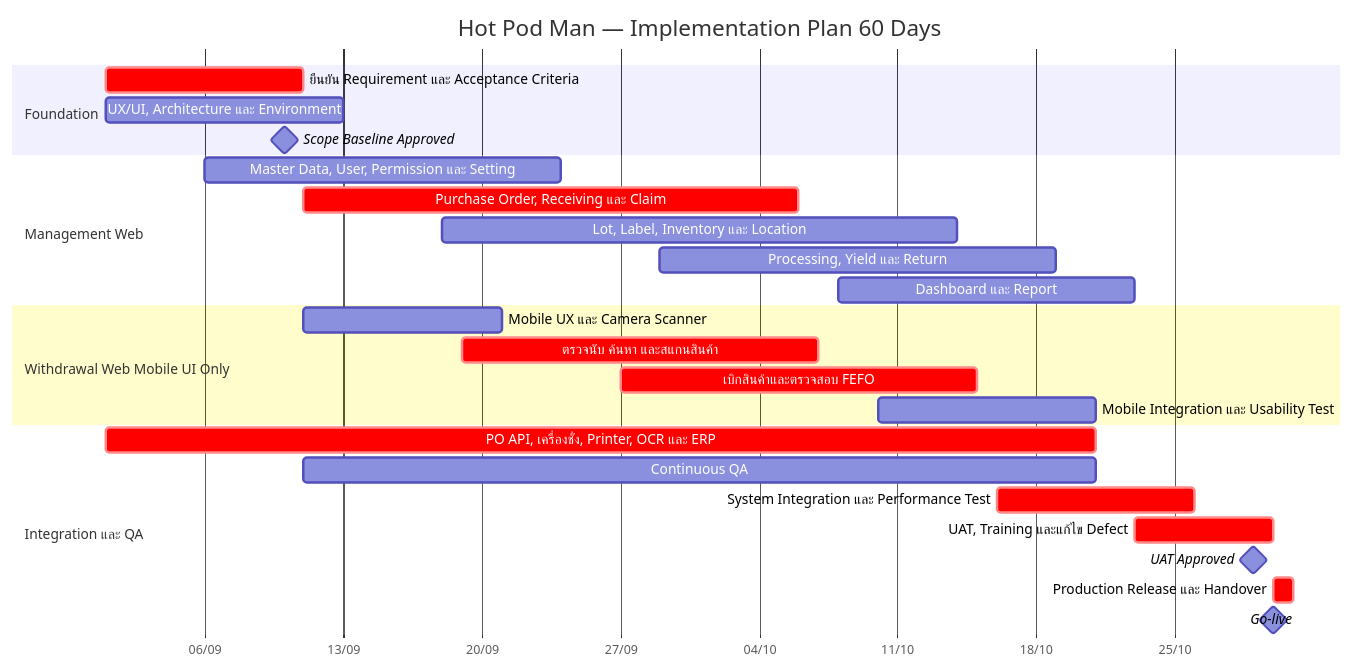
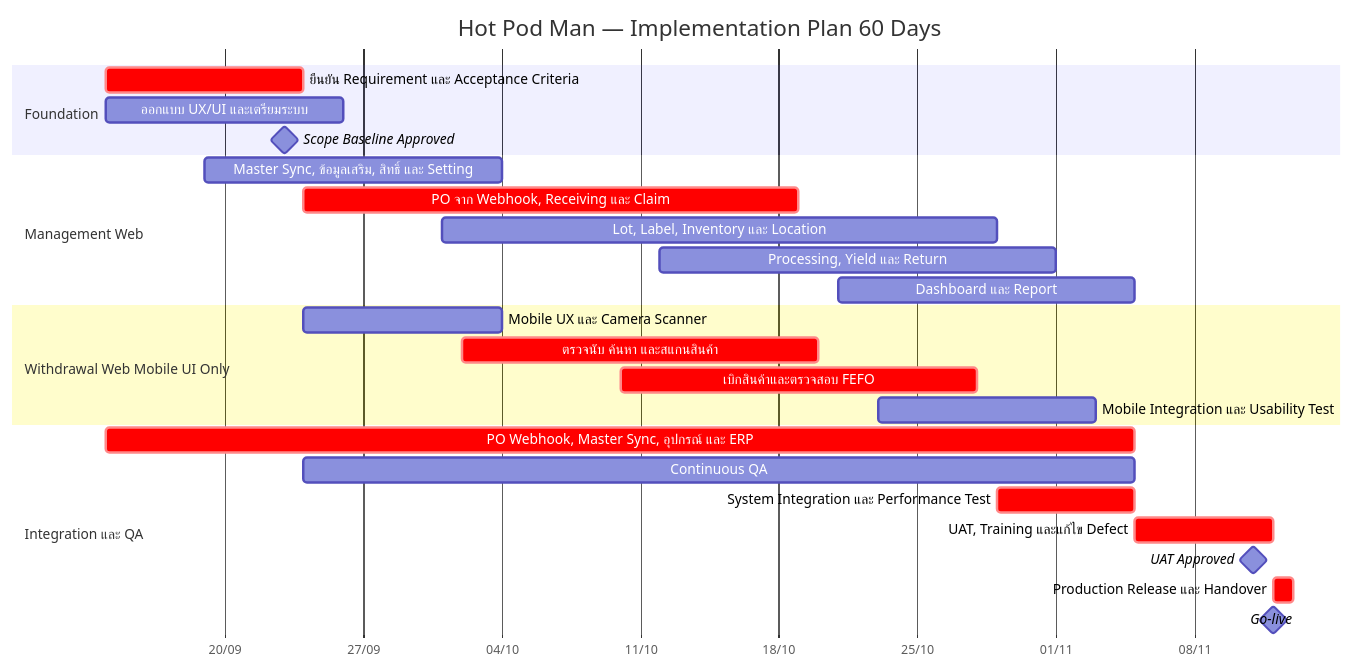
One commit to thisadee2897/requirements changed the second of 2 diagrams in HOTPODMAN/requirements.md. Above: the diagram before and after it, drawn with Mermaid. The commit also changed other lines of this file and 3 other files, not shown here.

````diff
--- a/HOTPODMAN/requirements.md
+++ b/HOTPODMAN/requirements.md
@@ -360,33 +400,33 @@
 ```mermaid
 gantt
     title Hot Pod Man — Implementation Plan 60 Days
     dateFormat  YYYY-MM-DD
     axisFormat  %d/%m
 
     section Foundation
-    ยืนยัน Requirement และ Acceptance Criteria :crit, a1, 2026-09-01, 10d
-    UX/UI, Architecture และ Environment          :a2, 2026-09-01, 12d
-    Scope Baseline Approved                     :milestone, ms1, 2026-09-10, 0d
+    ยืนยัน Requirement และ Acceptance Criteria :crit, a1, 2026-09-14, 10d
+    ออกแบบ UX/UI และเตรียมระบบ                   :a2, 2026-09-14, 12d
+    Scope Baseline Approved                     :milestone, ms1, 2026-09-23, 0d
 
     section Management Web
-    Master Data, User, Permission และ Setting   :b1, 2026-09-06, 18d
-    Purchase Order, Receiving และ Claim         :crit, b2, 2026-09-11, 25d
-    Lot, Label, Inventory และ Location           :b3, 2026-09-18, 26d
-    Processing, Yield และ Return                 :b4, 2026-09-29, 20d
-    Dashboard และ Report                        :b5, 2026-10-08, 15d
+    Master Sync, ข้อมูลเสริม, สิทธิ์ และ Setting :b1, 2026-09-19, 15d
+    PO จาก Webhook, Receiving และ Claim         :crit, b2, 2026-09-24, 25d
+    Lot, Label, Inventory และ Location           :b3, 2026-10-01, 28d
+    Processing, Yield และ Return                 :b4, 2026-10-12, 20d
+    Dashboard และ Report                        :b5, 2026-10-21, 15d
 
     section Withdrawal Web Mobile UI Only
-    Mobile UX และ Camera Scanner                :c1, 2026-09-11, 10d
-    ตรวจนับ ค้นหา และสแกนสินค้า                :crit, c2, 2026-09-19, 18d
-    เบิกสินค้าและตรวจสอบ FEFO                   :crit, c3, 2026-09-27, 18d
-    Mobile Integration และ Usability Test       :c4, 2026-10-10, 11d
+    Mobile UX และ Camera Scanner                :c1, 2026-09-24, 10d
+    ตรวจนับ ค้นหา และสแกนสินค้า                :crit, c2, 2026-10-02, 18d
+    เบิกสินค้าและตรวจสอบ FEFO                   :crit, c3, 2026-10-10, 18d
+    Mobile Integration และ Usability Test       :c4, 2026-10-23, 11d
 
     section Integration และ QA
-    PO API, เครื่องชั่ง, Printer, OCR และ ERP   :crit, d1, 2026-09-01, 50d
-    Continuous QA                               :d2, 2026-09-11, 40d
-    System Integration และ Performance Test     :crit, d3, 2026-10-16, 10d
-    UAT, Training และแก้ไข Defect               :crit, d4, 2026-10-23, 7d
-    UAT Approved                                :milestone, ms2, 2026-10-29, 0d
-    Production Release และ Handover             :crit, d5, 2026-10-30, 1d
-    Go-live                                     :milestone, ms3, 2026-10-30, 0d
+    PO Webhook, Master Sync, อุปกรณ์ และ ERP    :crit, d1, 2026-09-14, 52d
+    Continuous QA                               :d2, 2026-09-24, 42d
+    System Integration และ Performance Test     :crit, d3, 2026-10-29, 7d
+    UAT, Training และแก้ไข Defect               :crit, d4, 2026-11-05, 7d
+    UAT Approved                                :milestone, ms2, 2026-11-11, 0d
+    Production Release และ Handover             :crit, d5, 2026-11-12, 1d
+    Go-live                                     :milestone, ms3, 2026-11-12, 0d
 ```
````
